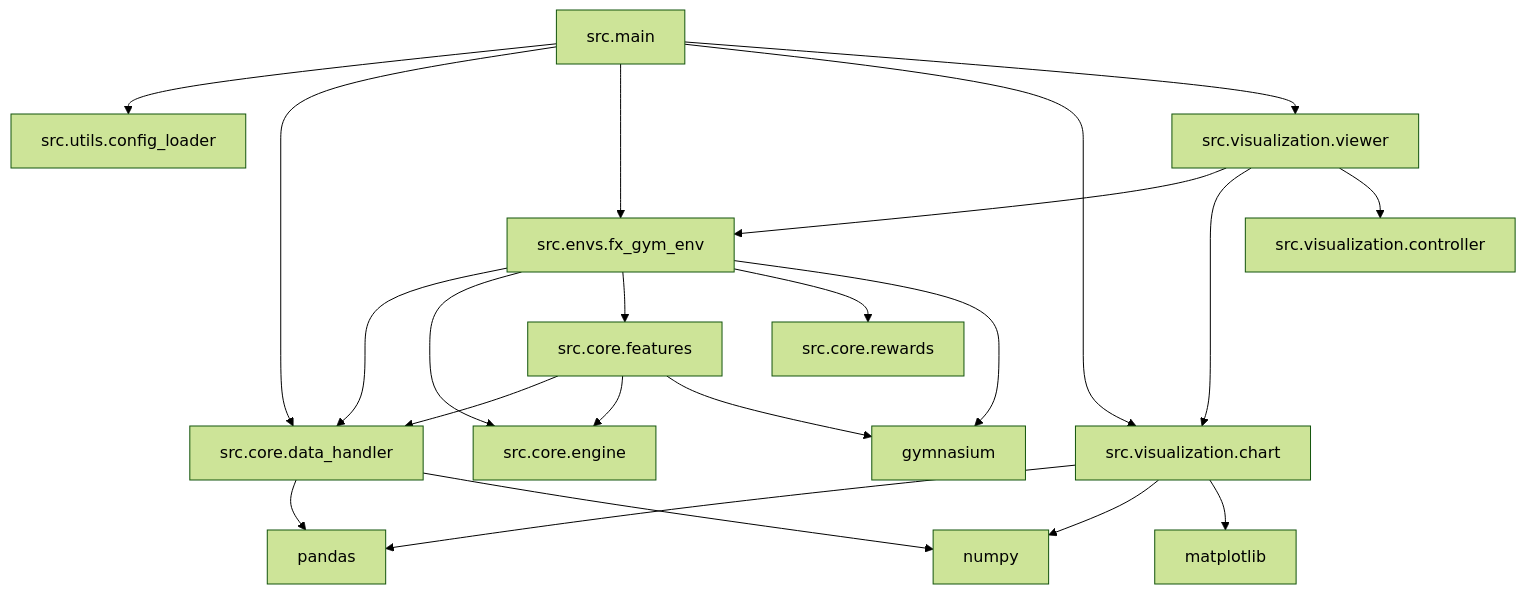
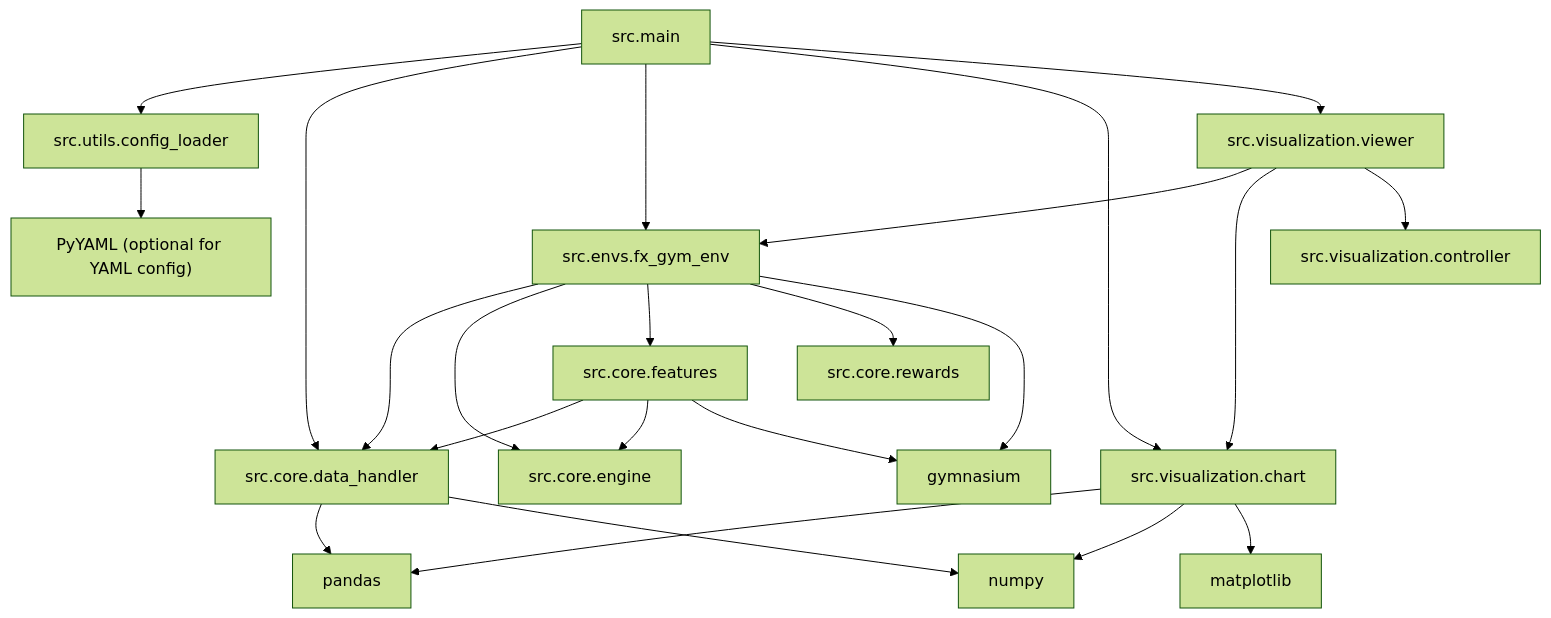
Before and after one commit to koretty/fx-trading-env: the diagram in docs/dependency.md, drawn with Mermaid (forest theme). The commit also changed 6 other files, not shown here.

Commit message:
add YAML/JSON config

````diff
--- a/docs/dependency.md
+++ b/docs/dependency.md
@@ -5,34 +5,36 @@
 ```mermaid
 graph TD
     main["src.main"] --> config_loader["src.utils.config_loader"]
     main --> core_data_handler["src.core.data_handler"]
     main --> env_fx["src.envs.fx_gym_env"]
     main --> visualization_chart["src.visualization.chart"]
     main --> visualization_viewer["src.visualization.viewer"]
 
     env_fx --> core_data_handler
     env_fx --> core_engine["src.core.engine"]
     env_fx --> core_features["src.core.features"]
     env_fx --> core_rewards["src.core.rewards"]
 
     core_features --> core_data_handler
     core_features --> core_engine
 
     visualization_viewer --> env_fx
     visualization_viewer --> visualization_chart
     visualization_viewer --> visualization_controller["src.visualization.controller"]
 
     %% 補足: 外部ライブラリ
     gymnasium["gymnasium"]
     pandas["pandas"]
     matplotlib["matplotlib"]
     numpy["numpy"]
+    pyyaml["PyYAML (optional for YAML config)"]
 
     env_fx --> gymnasium
     core_features --> gymnasium
     core_data_handler --> pandas
     core_data_handler --> numpy
+    config_loader --> pyyaml
     visualization_chart --> pandas
     visualization_chart --> numpy
     visualization_chart --> matplotlib
 ```
````
